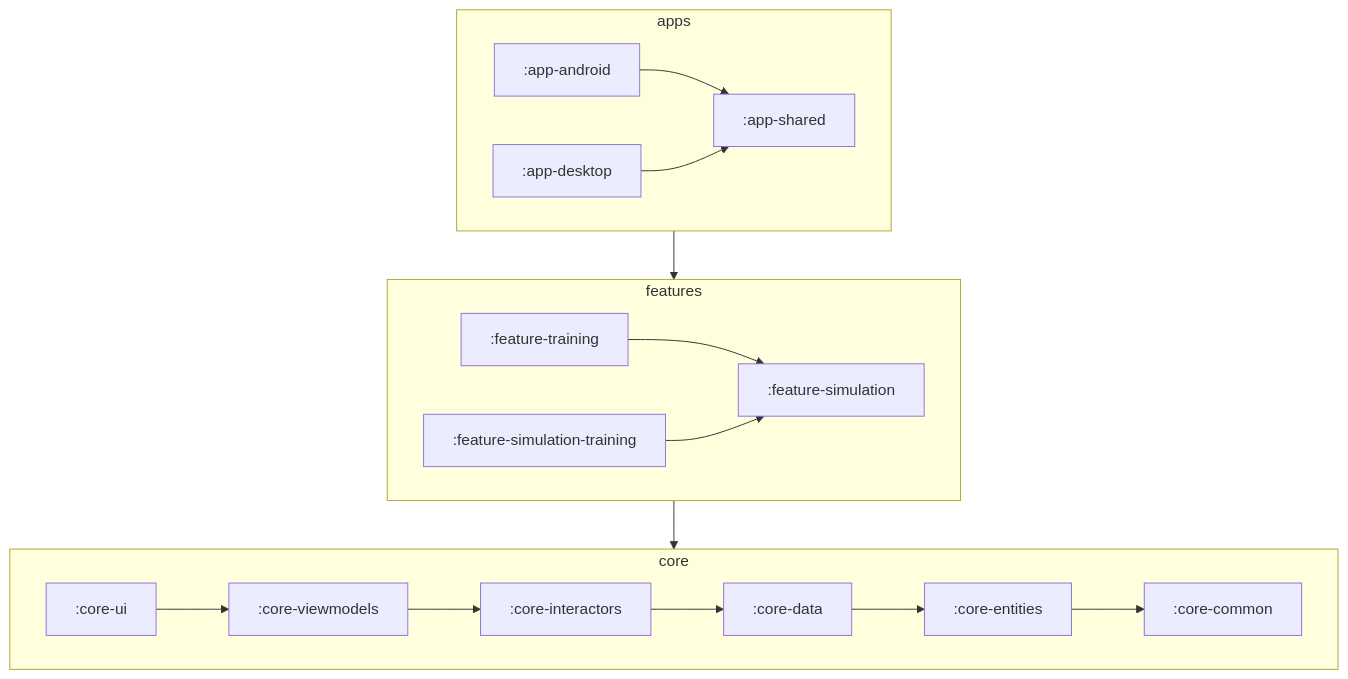
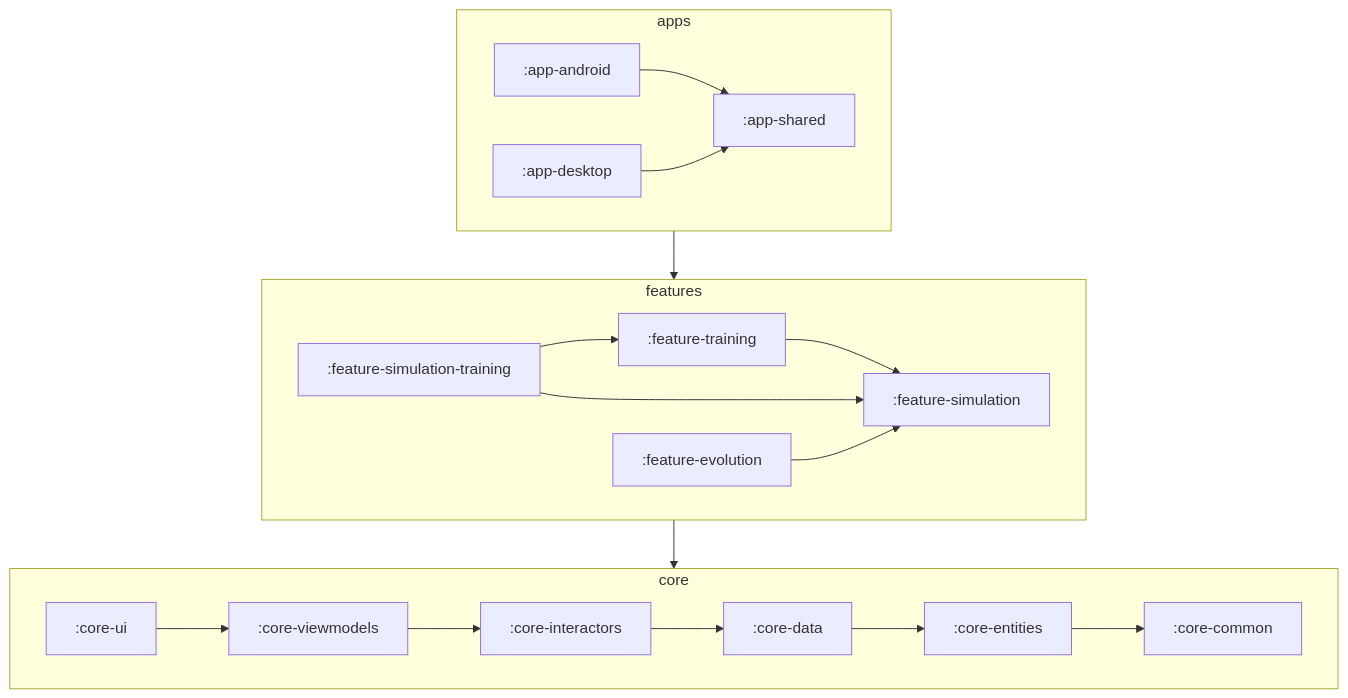
Before and after one commit to Pointyware/Ember: the second of 2 diagrams in README.md, drawn with Mermaid.

Commit message:
Add evolution to module diagram

````diff
--- a/README.md
+++ b/README.md
@@ -138,20 +138,22 @@
 ```mermaid
 
 graph
     subgraph apps
     :app-android --> :app-shared
     :app-desktop --> :app-shared
     end
     apps --> features
 
     subgraph features
     :feature-training --> :feature-simulation
     :feature-simulation-training --> :feature-simulation
+    :feature-simulation-training --> :feature-training
     :feature-training
+    :feature-evolution --> :feature-simulation
     end
     features --> core
 
     subgraph core
     :core-ui --> :core-viewmodels --> :core-interactors --> :core-data --> :core-entities --> :core-common
     end
 ```
````
